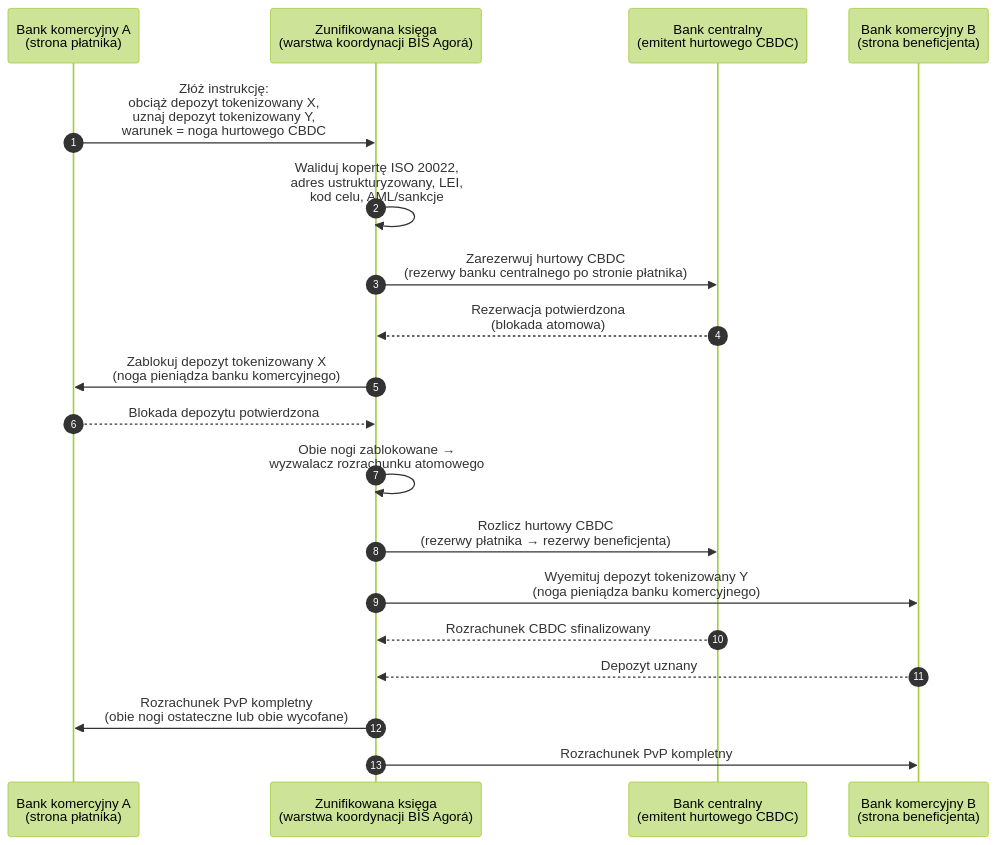
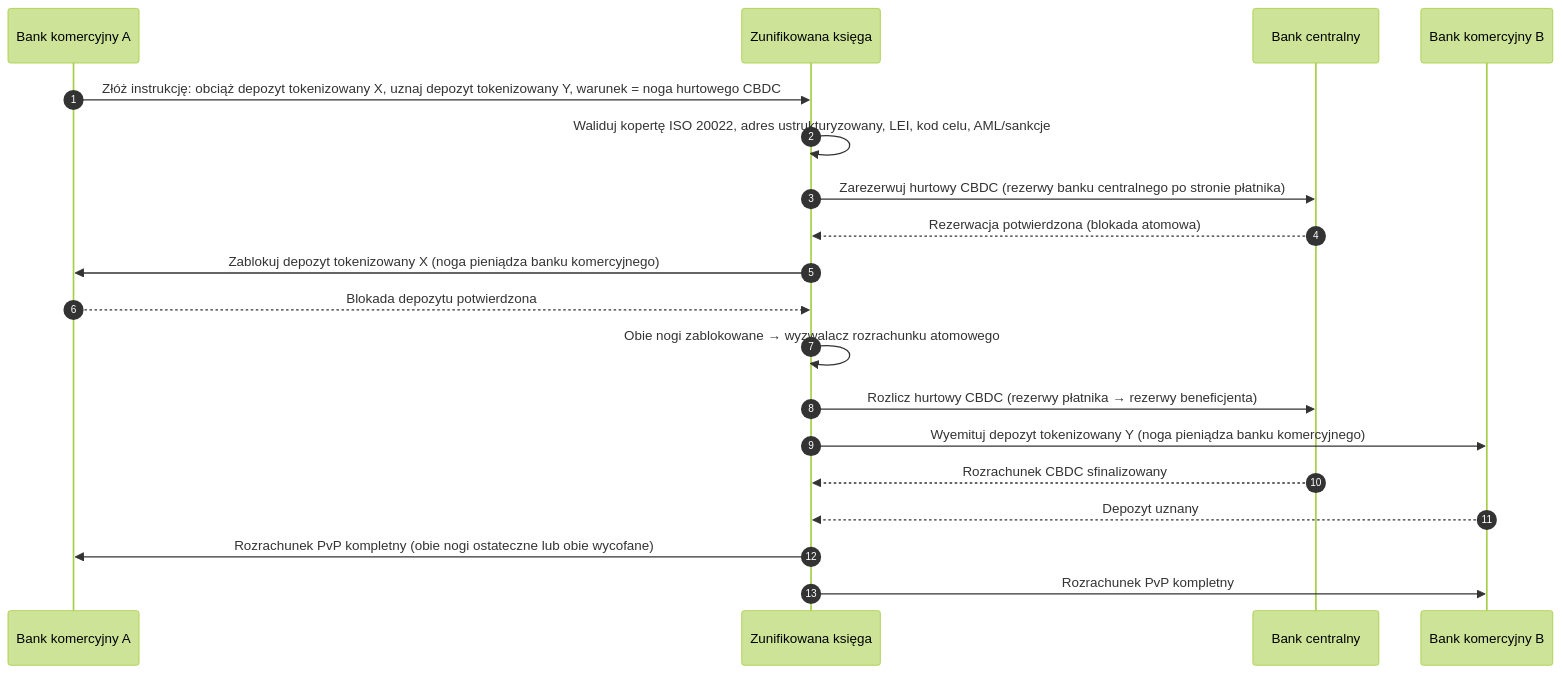
One commit to sebastienrousseau/sebastienrousseau.github.io changed the diagram in _posts/pl/2026-06-06-wholesale-payments-index-iso20022-tokenised-deposits-cross-border-2026.md. Above: the diagram before and after it, drawn with Mermaid (forest theme). The commit also changed 2231 other files, not shown here.

First line of the commit message:
fix(mermaid): unblock Mermaid v10 rendering end-to-end (#198)

````diff
--- a/_posts/pl/2026-06-06-wholesale-payments-index-iso20022-tokenised-deposits-cross-border-2026.md
+++ b/_posts/pl/2026-06-06-wholesale-payments-index-iso20022-tokenised-deposits-cross-border-2026.md
@@ -170,22 +170,21 @@
 ```mermaid
 sequenceDiagram
     autonumber
-    participant CB_A as Bank komercyjny A<br/>(strona płatnika)
-    participant UL as Zunifikowana księga<br/>(warstwa koordynacji BIS Agorá)
-    participant CBNK as Bank centralny<br/>(emitent hurtowego CBDC)
-    participant CB_B as Bank komercyjny B<br/>(strona beneficjenta)
-
-    CB_A->>UL: Złóż instrukcję:<br/>obciąż depozyt tokenizowany X,<br/>uznaj depozyt tokenizowany Y,<br/>warunek = noga hurtowego CBDC
-    UL->>UL: Waliduj kopertę ISO 20022,<br/>adres ustrukturyzowany, LEI,<br/>kod celu, AML/sankcje
-    UL->>CBNK: Zarezerwuj hurtowy CBDC<br/>(rezerwy banku centralnego po stronie płatnika)
-    CBNK-->>UL: Rezerwacja potwierdzona<br/>(blokada atomowa)
-    UL->>CB_A: Zablokuj depozyt tokenizowany X<br/>(noga pieniądza banku komercyjnego)
+    participant CB_A as Bank komercyjny A
+    participant UL as Zunifikowana księga
+    participant CBNK as Bank centralny
+    participant CB_B as Bank komercyjny B
+    CB_A->>UL: Złóż instrukcję: obciąż depozyt tokenizowany X, uznaj depozyt tokenizowany Y, warunek = noga hurtowego CBDC
+    UL->>UL: Waliduj kopertę ISO 20022, adres ustrukturyzowany, LEI, kod celu, AML/sankcje
+    UL->>CBNK: Zarezerwuj hurtowy CBDC (rezerwy banku centralnego po stronie płatnika)
+    CBNK-->>UL: Rezerwacja potwierdzona (blokada atomowa)
+    UL->>CB_A: Zablokuj depozyt tokenizowany X (noga pieniądza banku komercyjnego)
     CB_A-->>UL: Blokada depozytu potwierdzona
-    UL->>UL: Obie nogi zablokowane →<br/>wyzwalacz rozrachunku atomowego
-    UL->>CBNK: Rozlicz hurtowy CBDC<br/>(rezerwy płatnika → rezerwy beneficjenta)
-    UL->>CB_B: Wyemituj depozyt tokenizowany Y<br/>(noga pieniądza banku komercyjnego)
+    UL->>UL: Obie nogi zablokowane → wyzwalacz rozrachunku atomowego
+    UL->>CBNK: Rozlicz hurtowy CBDC (rezerwy płatnika → rezerwy beneficjenta)
+    UL->>CB_B: Wyemituj depozyt tokenizowany Y (noga pieniądza banku komercyjnego)
     CBNK-->>UL: Rozrachunek CBDC sfinalizowany
     CB_B-->>UL: Depozyt uznany
-    UL->>CB_A: Rozrachunek PvP kompletny<br/>(obie nogi ostateczne lub obie wycofane)
+    UL->>CB_A: Rozrachunek PvP kompletny (obie nogi ostateczne lub obie wycofane)
     UL->>CB_B: Rozrachunek PvP kompletny
 ```
````
